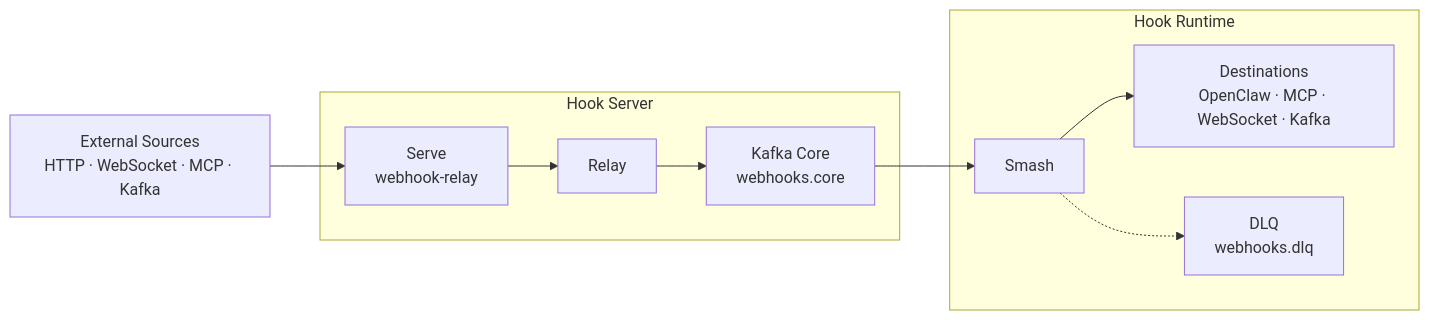
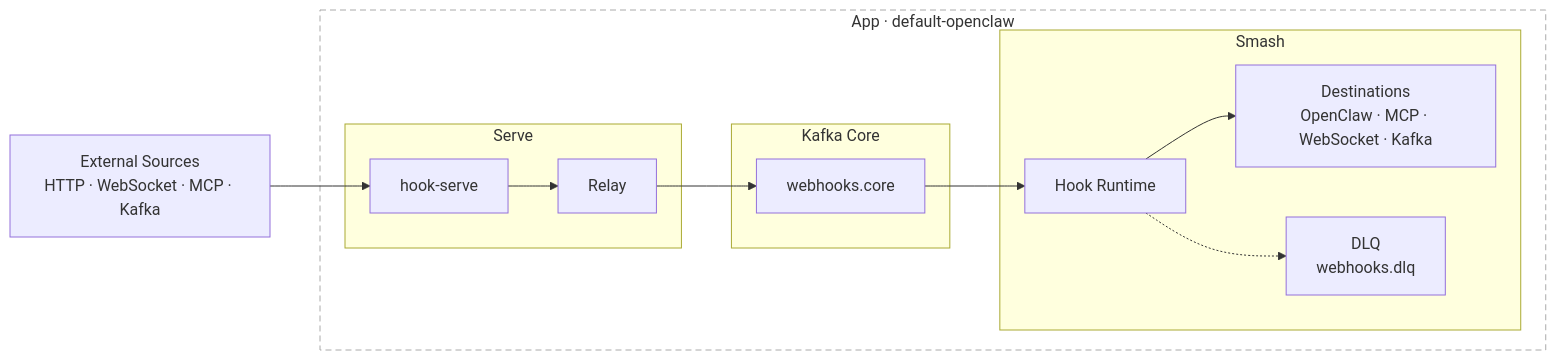
Before and after one commit to heyAyushh/hook: the diagram in README.md, drawn with Mermaid. The commit also changed other lines of this file and 11 other files, not shown here.

First line of the commit message:
docs: rename serve role references to hook-serve

````diff
--- a/README.md
+++ b/README.md
@@ -16,22 +16,31 @@
 ```mermaid
 flowchart LR
-    EXT["External Sources\nHTTP · WebSocket · MCP · Kafka"]
+    EXT["External Sources<br/>HTTP · WebSocket · MCP · Kafka"]
 
-    subgraph SERVER ["Hook Server"]
-        SERVE["Serve\nwebhook-relay"]
-        RELAY["Relay"]
-        CORE["Kafka Core\nwebhooks.core"]
-        SERVE --> RELAY --> CORE
-    end
+    subgraph APP ["  App · default-openclaw  "]
+        subgraph SERVE_BOX ["Serve"]
+            SERVE["hook-serve"]
+            RELAY["Relay"]
+            SERVE --> RELAY
+        end
 
-    subgraph EGRESS ["Hook Runtime"]
-        SMASH["Smash"]
-        OUT["Destinations\nOpenClaw · MCP · WebSocket · Kafka"]
-        DLQ["DLQ\nwebhooks.dlq"]
-        SMASH --> OUT
-        SMASH -.-> DLQ
+        subgraph CORE_BOX ["Kafka Core"]
+            CORE["webhooks.core"]
+        end
+
+        subgraph EGRESS ["Smash"]
+            SMASH["Hook Runtime"]
+            OUT["Destinations<br/>OpenClaw · MCP · WebSocket · Kafka"]
+            DLQ["DLQ<br/>webhooks.dlq"]
+            SMASH --> OUT
+            SMASH -.-> DLQ
+        end
+
+        RELAY --> CORE
+        CORE --> SMASH
     end
 
     EXT --> SERVE
-    CORE --> SMASH
+
+    style APP fill:none,stroke:#aaa,stroke-dasharray:6 4
 ```
````
